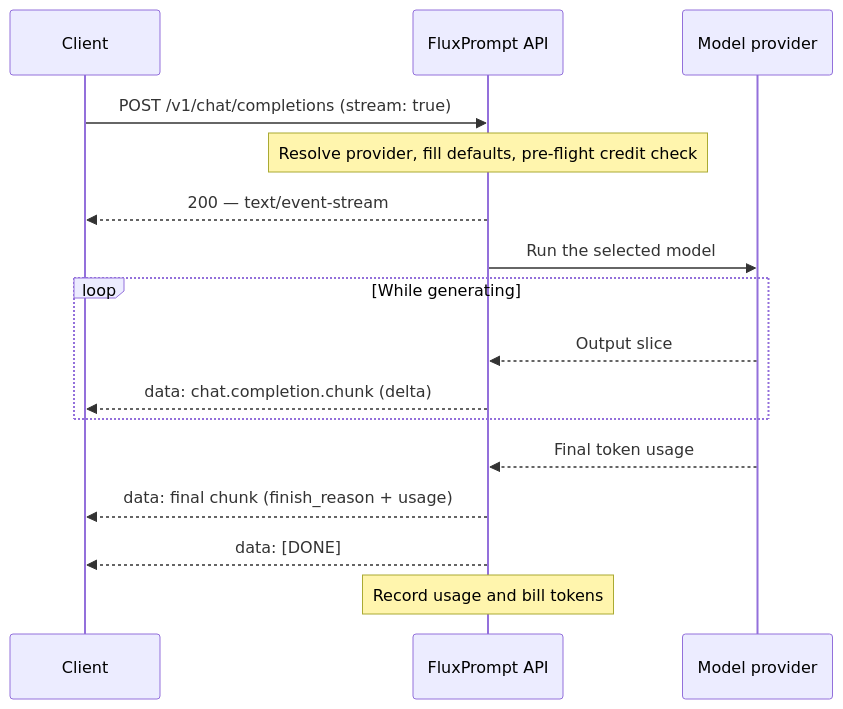
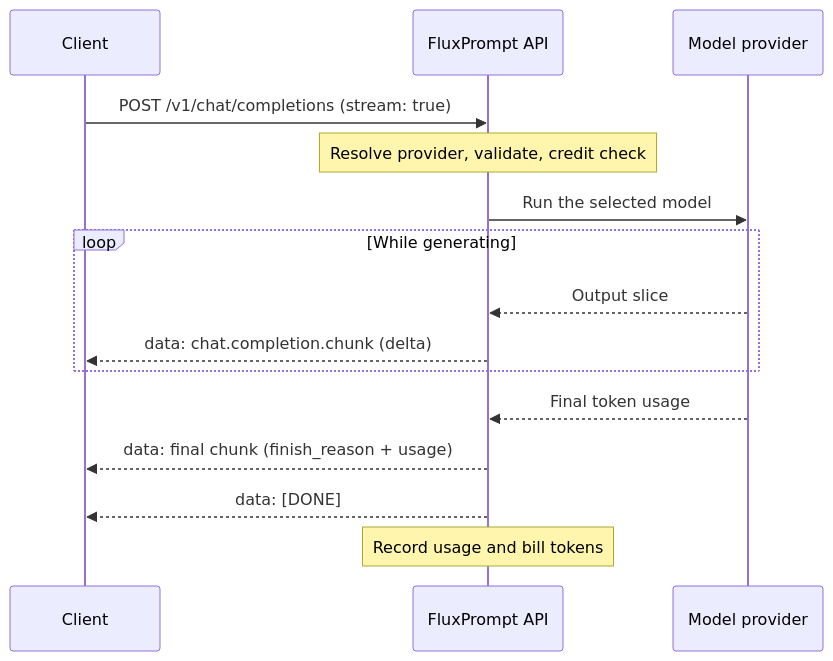
The second of 2 diagrams in main-api/specific-features/completions-api/how-it-works.mdx (enhancedai-com/docs), drawn with Mermaid before and after one commit. The commit also changed other lines of this file and 8 other files, not shown here.

````diff
--- a/main-api/specific-features/completions-api/how-it-works.mdx
+++ b/main-api/specific-features/completions-api/how-it-works.mdx
@@ -36,19 +40,18 @@
 ```mermaid
 sequenceDiagram
     participant Client
     participant API as FluxPrompt API
     participant Provider as Model provider
 
     Client->>API: POST /v1/chat/completions (stream: true)
-    Note over API: Resolve provider, fill defaults, pre-flight credit check
-    API-->>Client: 200 — text/event-stream
+    Note over API: Resolve provider, validate, credit check
     API->>Provider: Run the selected model
     loop While generating
         Provider-->>API: Output slice
         API-->>Client: data: chat.completion.chunk (delta)
     end
     Provider-->>API: Final token usage
     API-->>Client: data: final chunk (finish_reason + usage)
     API-->>Client: data: [DONE]
     Note over API: Record usage and bill tokens
 ```
````
